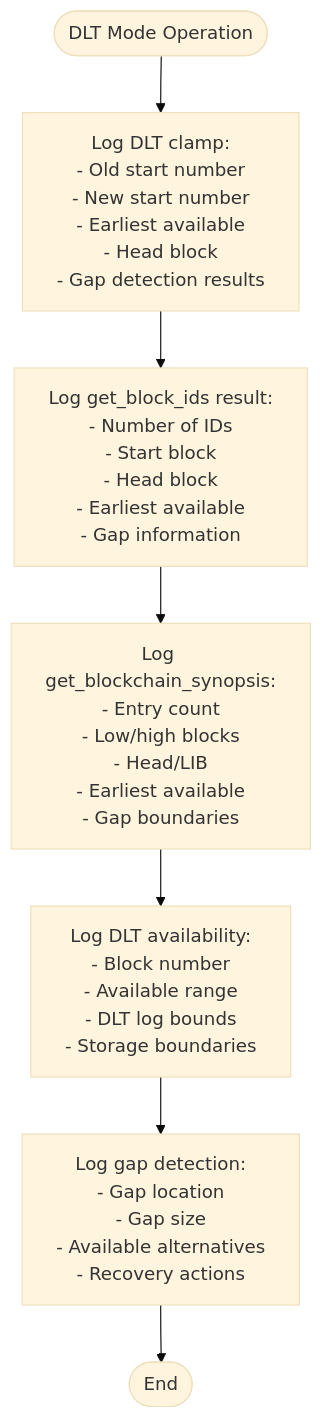
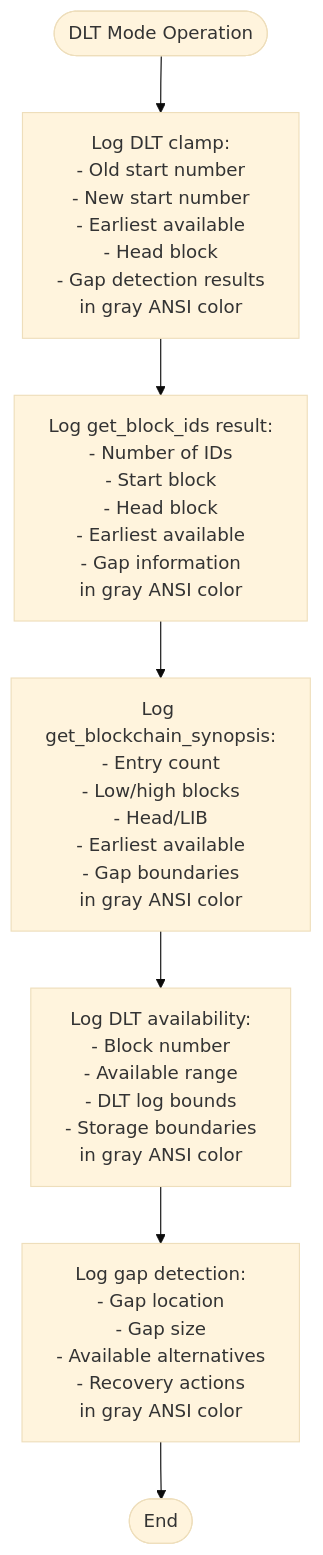
One commit to VIZ-Blockchain/viz-cpp-node changed diagram 21 of 36 in .qoder/repowiki/en/content/P2p Plugin.md. Above: the diagram before and after it, drawn with Mermaid (base theme). The commit also changed other lines of this file and 3 other files, not shown here.

````diff
--- a/.qoder/repowiki/en/content/P2p Plugin.md
+++ b/.qoder/repowiki/en/content/P2p Plugin.md
@@ -834,9 +849,9 @@
 ```mermaid
 flowchart TD
-Start([DLT Mode Operation]) --> LogClamp["Log DLT clamp:<br/>- Old start number<br/>- New start number<br/>- Earliest available<br/>- Head block<br/>- Gap detection results"]
-LogClamp --> LogIDs["Log get_block_ids result:<br/>- Number of IDs<br/>- Start block<br/>- Head block<br/>- Earliest available<br/>- Gap information"]
-LogIDs --> LogSynopsis["Log get_blockchain_synopsis:<br/>- Entry count<br/>- Low/high blocks<br/>- Head/LIB<br/>- Earliest available<br/>- Gap boundaries"]
-LogSynopsis --> LogAvailability["Log DLT availability:<br/>- Block number<br/>- Available range<br/>- DLT log bounds<br/>- Storage boundaries"]
-LogAvailability --> LogGap["Log gap detection:<br/>- Gap location<br/>- Gap size<br/>- Available alternatives<br/>- Recovery actions"]
+Start([DLT Mode Operation]) --> LogClamp["Log DLT clamp:<br/>- Old start number<br/>- New start number<br/>- Earliest available<br/>- Head block<br/>- Gap detection results<br/>in gray ANSI color"]
+LogClamp --> LogIDs["Log get_block_ids result:<br/>- Number of IDs<br/>- Start block<br/>- Head block<br/>- Earliest available<br/>- Gap information<br/>in gray ANSI color"]
+LogIDs --> LogSynopsis["Log get_blockchain_synopsis:<br/>- Entry count<br/>- Low/high blocks<br/>- Head/LIB<br/>- Earliest available<br/>- Gap boundaries<br/>in gray ANSI color"]
+LogSynopsis --> LogAvailability["Log DLT availability:<br/>- Block number<br/>- Available range<br/>- DLT log bounds<br/>- Storage boundaries<br/>in gray ANSI color"]
+LogAvailability --> LogGap["Log gap detection:<br/>- Gap location<br/>- Gap size<br/>- Available alternatives<br/>- Recovery actions<br/>in gray ANSI color"]
 LogGap --> End([End])
 ```
````
